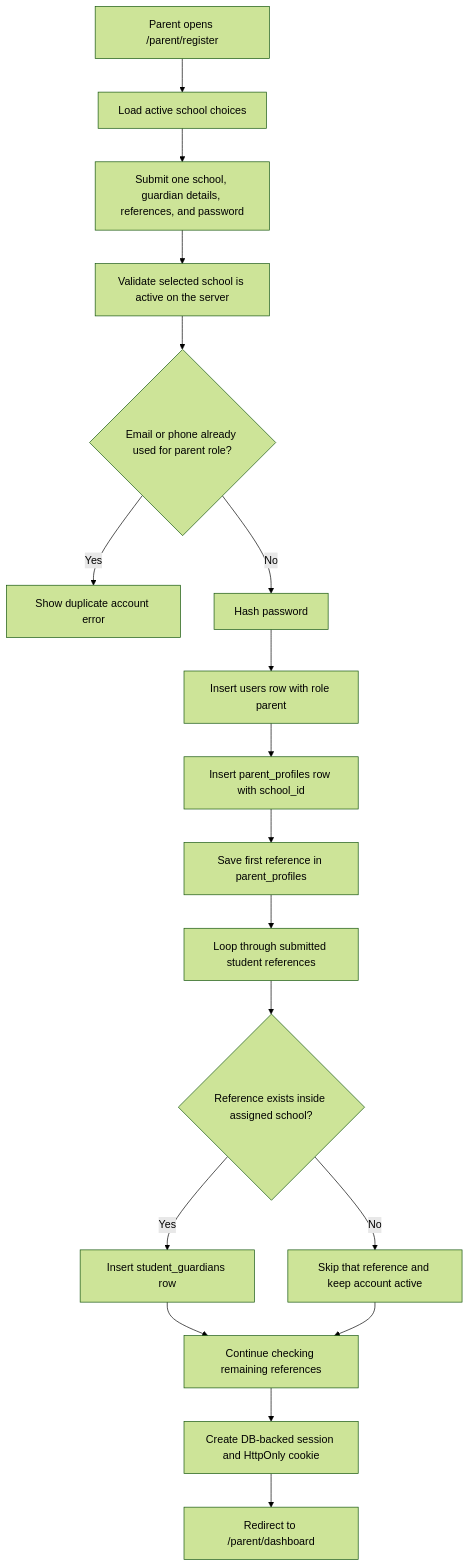
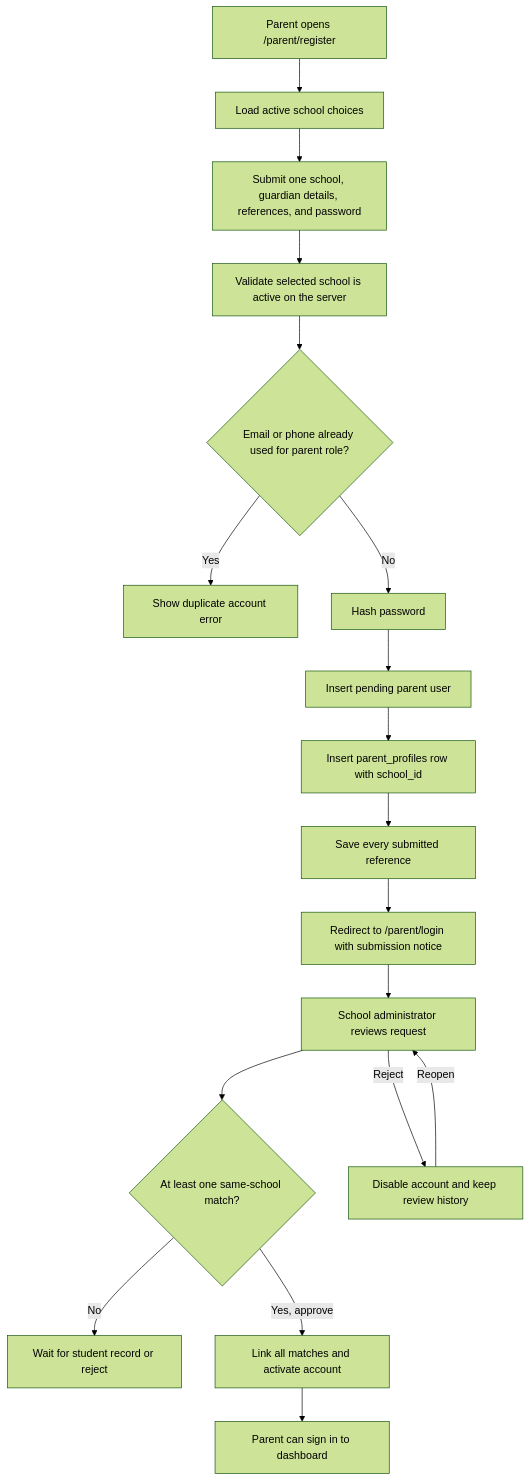
Diagram 11 of 23 in docs/PROJECT_FLOWCHARTS.md (Xeyn19/xmetapay), drawn with Mermaid (forest theme) before and after one commit. The commit also changed other lines of this file and 29 other files, not shown here.

Commit message:
feat(parent): require school approval for parent registration

````diff
--- a/docs/PROJECT_FLOWCHARTS.md
+++ b/docs/PROJECT_FLOWCHARTS.md
@@ -404,20 +405,20 @@
 ```mermaid
 flowchart TD
   A["Parent opens /parent/register"] --> B["Load active school choices"]
   B --> C["Submit one school, guardian details, references, and password"]
   C --> C2["Validate selected school is active on the server"]
   C2 --> D{"Email or phone already used for parent role?"}
   D -->|Yes| E["Show duplicate account error"]
   D -->|No| F["Hash password"]
-  F --> G["Insert users row with role parent"]
+  F --> G["Insert pending parent user"]
   G --> H["Insert parent_profiles row with school_id"]
-  H --> I["Save first reference in parent_profiles"]
-  I --> J["Loop through submitted student references"]
-  J --> K{"Reference exists inside assigned school?"}
-  K -->|Yes| L["Insert student_guardians row"]
-  K -->|No| M["Skip that reference and keep account active"]
-  L --> N["Continue checking remaining references"]
-  M --> N
-  N --> O["Create DB-backed session and HttpOnly cookie"]
-  O --> P["Redirect to /parent/dashboard"]
+  H --> I["Save every submitted reference"]
+  I --> J["Redirect to /parent/login with submission notice"]
+  J --> K["School administrator reviews request"]
+  K --> L{"At least one same-school match?"}
+  L -->|No| M["Wait for student record or reject"]
+  L -->|Yes, approve| N["Link all matches and activate account"]
+  K -->|Reject| O["Disable account and keep review history"]
+  O -->|Reopen| K
+  N --> P["Parent can sign in to dashboard"]
 ```
````
